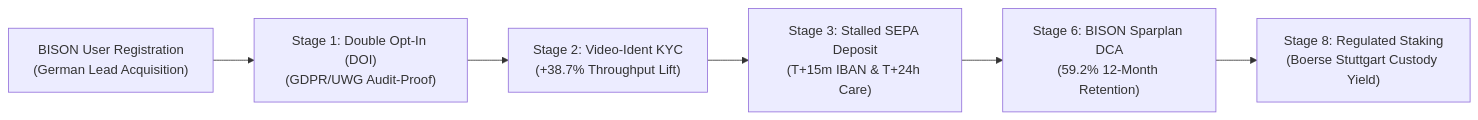
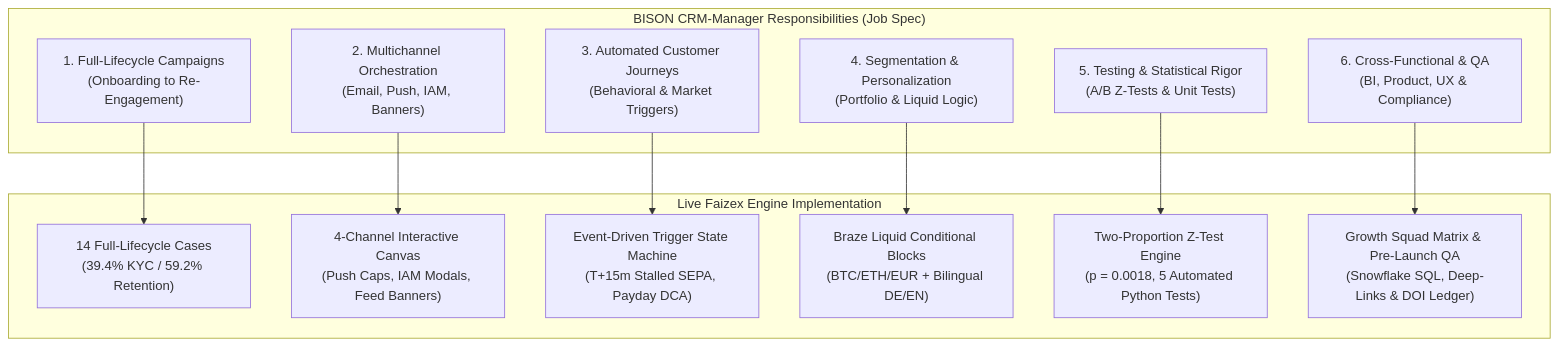
The diagram in README.md (Faizan021/crypto-trading-growth-engine), drawn with Mermaid before and after one commit. The commit also changed other lines of this file and 2 other files, not shown here.

Commit message:
docs(crm): align all 16 case titles, headers, and terminology strictly with BISON CRM-Manager job specifications

````diff
--- a/README.md
+++ b/README.md
@@ -18,8 +18,20 @@
 ```mermaid
-flowchart LR
-    A["BISON User Registration<br>(German Lead Acquisition)"] --> B["Stage 1: Double Opt-In (DOI)<br>(GDPR/UWG Audit-Proof)"]
-    B --> C["Stage 2: Video-Ident KYC<br>(+38.7% Throughput Lift)"]
-    C --> D["Stage 3: Stalled SEPA Deposit<br>(T+15m IBAN & T+24h Care)"]
-    D --> E["Stage 6: BISON Sparplan DCA<br>(59.2% 12-Month Retention)"]
-    E --> F["Stage 8: Regulated Staking<br>(Boerse Stuttgart Custody Yield)"]
+flowchart TD
+    subgraph BISON_JD["BISON CRM-Manager Responsibilities (Job Spec)"]
+        T1["1. Full-Lifecycle Campaigns<br>(Onboarding to Re-Engagement)"]
+        T2["2. Multichannel Orchestration<br>(Email, Push, IAM, Banners)"]
+        T3["3. Automated Customer Journeys<br>(Behavioral & Market Triggers)"]
+        T4["4. Segmentation & Personalization<br>(Portfolio & Liquid Logic)"]
+        T5["5. Testing & Statistical Rigor<br>(A/B Z-Tests & Unit Tests)"]
+        T6["6. Cross-Functional & QA<br>(BI, Product, UX & Compliance)"]
+    end
+
+    subgraph ENGINE["Live Faizex Engine Implementation"]
+        T1 --> E1["14 Full-Lifecycle Cases<br>(39.4% KYC / 59.2% Retention)"]
+        T2 --> E2["4-Channel Interactive Canvas<br>(Push Caps, IAM Modals, Feed Banners)"]
+        T3 --> E3["Event-Driven Trigger State Machine<br>(T+15m Stalled SEPA, Payday DCA)"]
+        T4 --> E4["Braze Liquid Conditional Blocks<br>(BTC/ETH/EUR + Bilingual DE/EN)"]
+        T5 --> E5["Two-Proportion Z-Test Engine<br>(p = 0.0018, 5 Automated Python Tests)"]
+        T6 --> E6["Growth Squad Matrix & Pre-Launch QA<br>(Snowflake SQL, Deep-Links & DOI Ledger)"]
+    end
 ```
````
